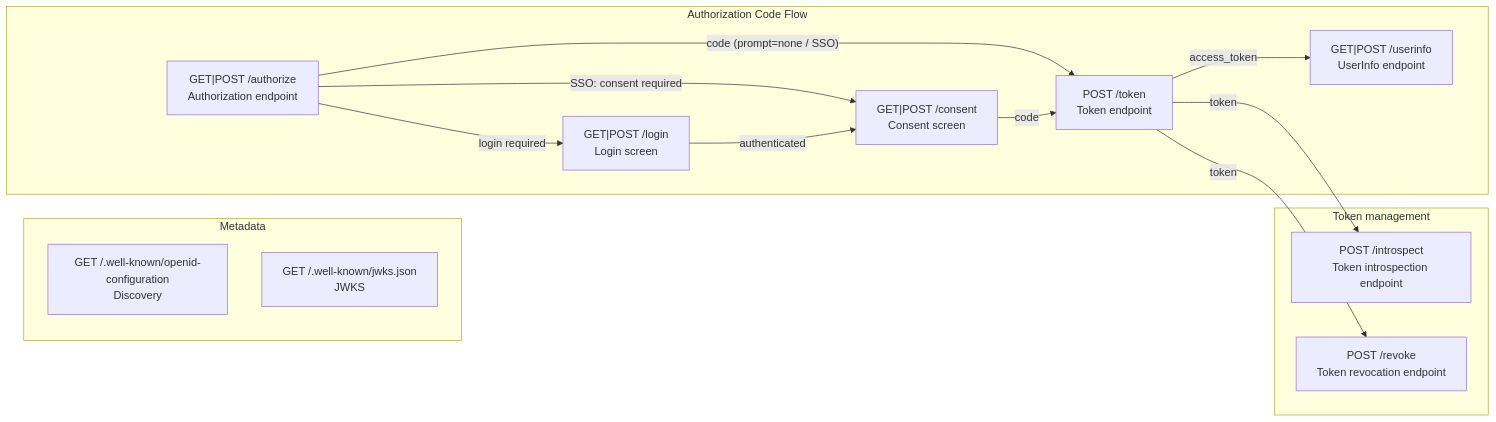
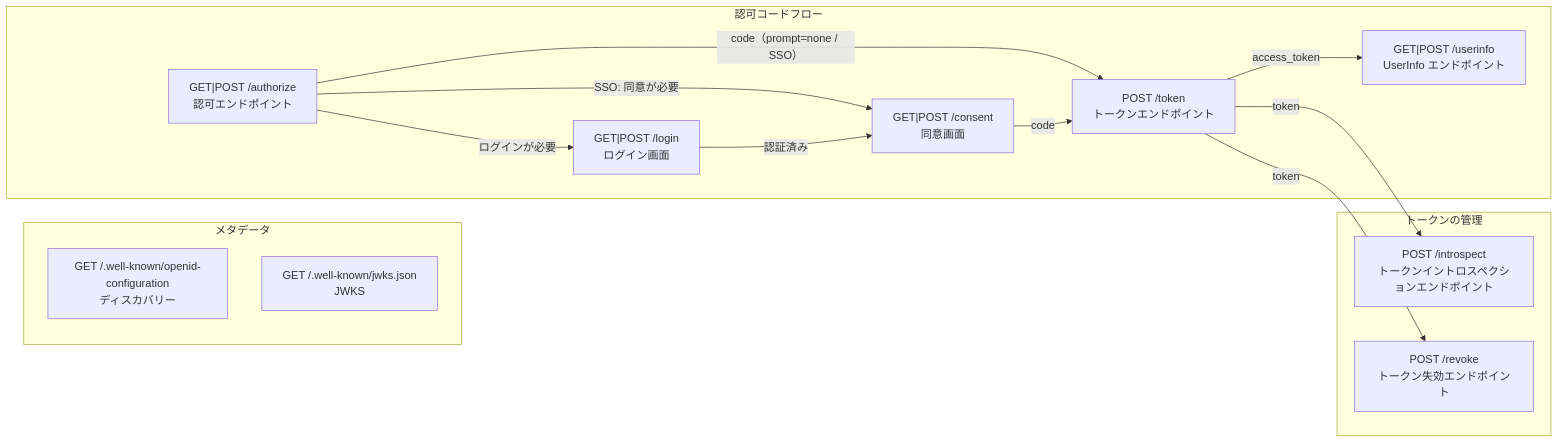
Before and after one commit to maronnjapan/maronn-openid-connect: the diagram in docs/library-document/src/content/docs/guides/cli.md, drawn with Mermaid. The commit also changed other lines of this file and 213 other files, not shown here.

````diff
--- a/docs/library-document/src/content/docs/guides/cli.md
+++ b/docs/library-document/src/content/docs/guides/cli.md
@@ -284,26 +284,26 @@
 ```mermaid
 flowchart LR
-  subgraph metadata["Metadata"]
-    discovery["GET /.well-known/openid-configuration<br/>Discovery"]
+  subgraph metadata["メタデータ"]
+    discovery["GET /.well-known/openid-configuration<br/>ディスカバリー"]
     jwks["GET /.well-known/jwks.json<br/>JWKS"]
   end
-  subgraph authorization_code["Authorization Code Flow"]
-    authorize["GET|POST /authorize<br/>Authorization endpoint"]
-    login["GET|POST /login<br/>Login screen"]
-    consent["GET|POST /consent<br/>Consent screen"]
-    token["POST /token<br/>Token endpoint"]
-    userinfo["GET|POST /userinfo<br/>UserInfo endpoint"]
+  subgraph authorization_code["認可コードフロー"]
+    authorize["GET|POST /authorize<br/>認可エンドポイント"]
+    login["GET|POST /login<br/>ログイン画面"]
+    consent["GET|POST /consent<br/>同意画面"]
+    token["POST /token<br/>トークンエンドポイント"]
+    userinfo["GET|POST /userinfo<br/>UserInfo エンドポイント"]
   end
-  subgraph token_management["Token management"]
-    introspection["POST /introspect<br/>Token introspection endpoint"]
-    revocation["POST /revoke<br/>Token revocation endpoint"]
+  subgraph token_management["トークンの管理"]
+    introspection["POST /introspect<br/>トークンイントロスペクションエンドポイント"]
+    revocation["POST /revoke<br/>トークン失効エンドポイント"]
   end
-  authorize -->|"login required"| login
-  authorize -->|"SSO: consent required"| consent
-  authorize -->|"code (prompt=none / SSO)"| token
-  login -->|"authenticated"| consent
+  authorize -->|"ログインが必要"| login
+  authorize -->|"SSO: 同意が必要"| consent
+  authorize -->|"code（prompt=none / SSO）"| token
+  login -->|"認証済み"| consent
   consent -->|"code"| token
   token -->|"access_token"| userinfo
   token -->|"token"| introspection
   token -->|"token"| revocation
 ```
````
